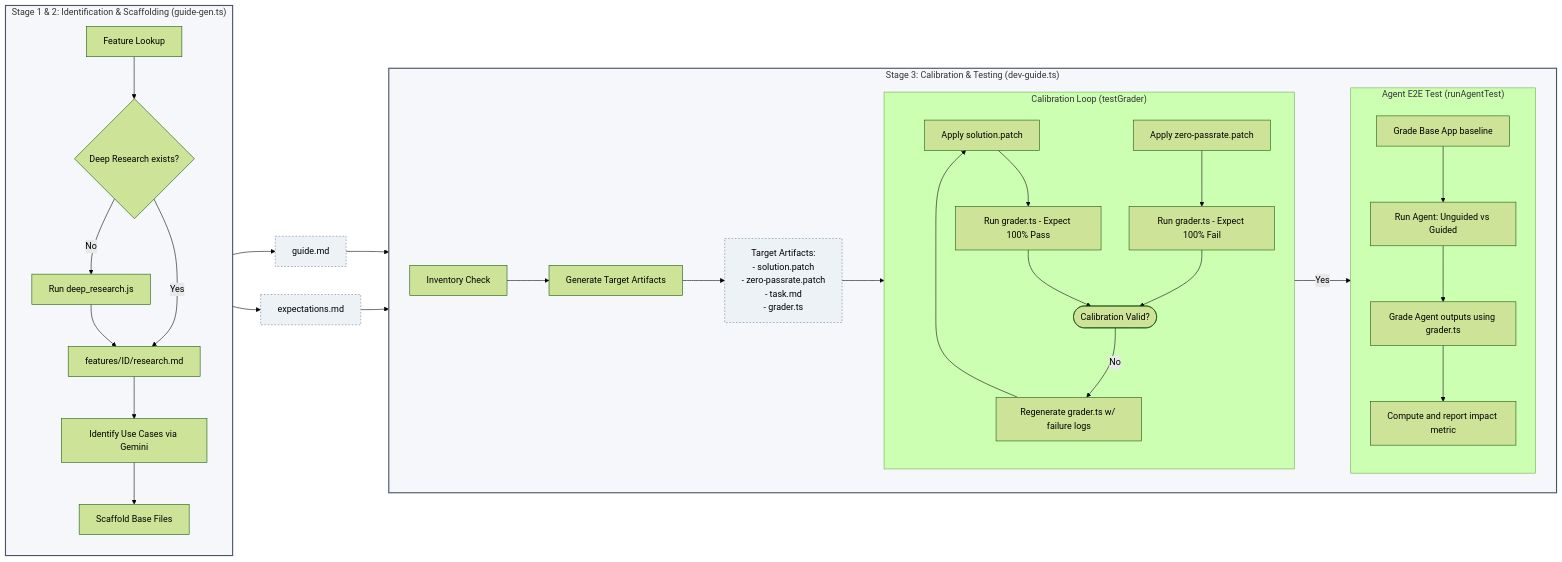
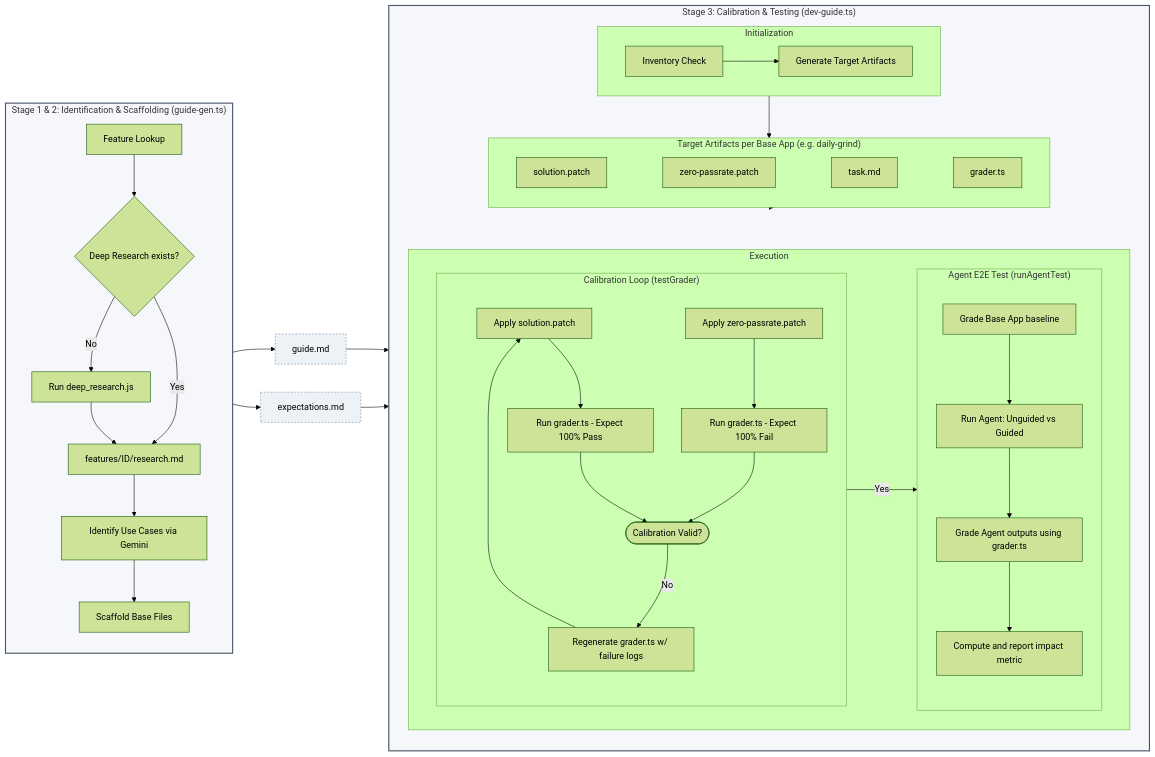
Before and after one commit to paulirish/guidance: the diagram in guides/README.md, drawn with Mermaid (forest theme).

Commit message:
docs: reorganize stage 3 flowchart layout for vertical stacking

````diff
--- a/guides/README.md
+++ b/guides/README.md
@@ -201,54 +201,67 @@
 ```mermaid
 flowchart LR
     %% Define Styles
     classDef stageStyle fill:#f5f7fa,stroke:#4a5568,stroke-width:2px;
     classDef fileStyle fill:#edf2f7,stroke:#718096,stroke-width:1px,stroke-dasharray: 3 3;
     classDef loopStyle fill:#fffaf0,stroke:#dd6b20,stroke-width:2px;
     classDef agentStyle fill:#ebf8ff,stroke:#3182ce,stroke-width:2px;
 
     subgraph STAGE1 ["Stage 1 & 2: Identification & Scaffolding (guide-gen.ts)"]
         direction TB
         A[Feature Lookup] --> B{Deep Research exists?}
         B -- No --> C[Run deep_research.js] --> D[features/ID/research.md]
         B -- Yes --> D
         D --> E[Identify Use Cases via Gemini]
         E --> F[Scaffold Base Files]
     end
     class STAGE1 stageStyle;
 
     F --> G1[guide.md]
     F --> G2[expectations.md]
     class G1,G2 fileStyle;
 
     subgraph STAGE3 ["Stage 3: Calibration & Testing (dev-guide.ts)"]
-        direction LR
-        H[Inventory Check] --> I[Generate Target Artifacts]
+        direction TB
         
-        I --> T[Target Artifacts:<br/>- solution.patch<br/>- zero-passrate.patch<br/>- task.md<br/>- grader.ts]
-        class T fileStyle;
+        subgraph INIT ["Initialization"]
+            direction LR
+            H[Inventory Check] --> I[Generate Target Artifacts]
+        end
         
-        subgraph CAL_LOOP ["Calibration Loop (testGrader)"]
-            direction TB
-            J[Apply solution.patch] --> K[Run grader.ts - Expect 100% Pass]
-            L[Apply zero-passrate.patch] --> M[Run grader.ts - Expect 100% Fail]
-            K & M --> N([Calibration Valid?])
-            N -- No --> O[Regenerate grader.ts w/ failure logs] --> J
+        subgraph TARGETS ["Target Artifacts per Base App (e.g. daily-grind)"]
+            direction LR
+            I1[solution.patch] ~~~ I2[zero-passrate.patch] ~~~ I3[task.md] ~~~ I4[grader.ts]
         end
-        class CAL_LOOP loopStyle;
+        class TARGETS fileStyle;
 
-        T --> CAL_LOOP
+        INIT --> TARGETS
         
-        subgraph AGENT_TEST ["Agent E2E Test (runAgentTest)"]
-            direction TB
-            P[Grade Base App baseline] --> Q[Run Agent: Unguided vs Guided]
-            Q --> R[Grade Agent outputs using grader.ts]
-            R --> S[Compute and report impact metric]
+        subgraph EXEC ["Execution"]
+            direction LR
+            
+            subgraph CAL_LOOP ["Calibration Loop (testGrader)"]
+                direction TB
+                J[Apply solution.patch] --> K[Run grader.ts - Expect 100% Pass]
+                L[Apply zero-passrate.patch] --> M[Run grader.ts - Expect 100% Fail]
+                K & M --> N([Calibration Valid?])
+                N -- No --> O[Regenerate grader.ts w/ failure logs] --> J
+            end
+            class CAL_LOOP loopStyle;
+            
+            subgraph AGENT_TEST ["Agent E2E Test (runAgentTest)"]
+                direction TB
+                P[Grade Base App baseline] --> Q[Run Agent: Unguided vs Guided]
+                Q --> R[Grade Agent outputs using grader.ts]
+                R --> S[Compute and report impact metric]
+            end
+            class AGENT_TEST agentStyle;
+
+            N -- Yes --> AGENT_TEST
         end
-        class AGENT_TEST agentStyle;
 
-        N -- Yes --> AGENT_TEST
+        TARGETS --> CAL_LOOP
     end
     class STAGE3 stageStyle;
 
     G1 & G2 --> H
 ```
````
